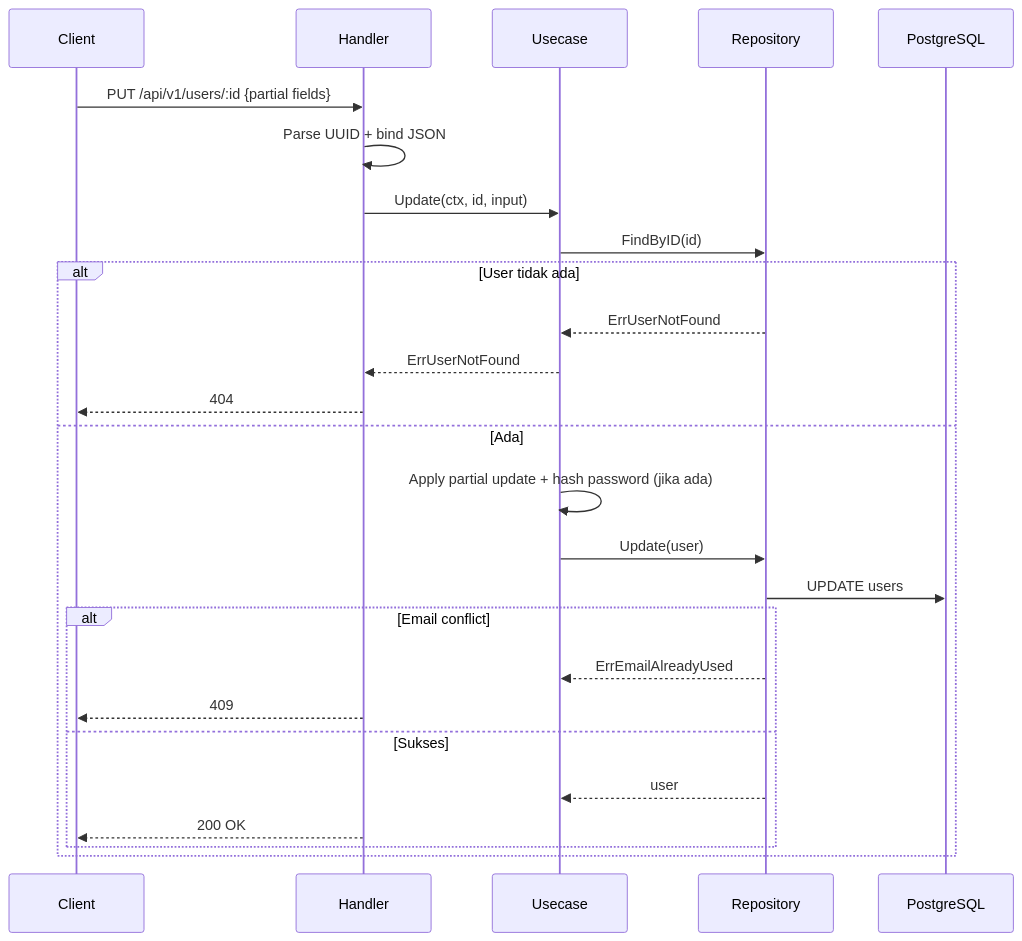
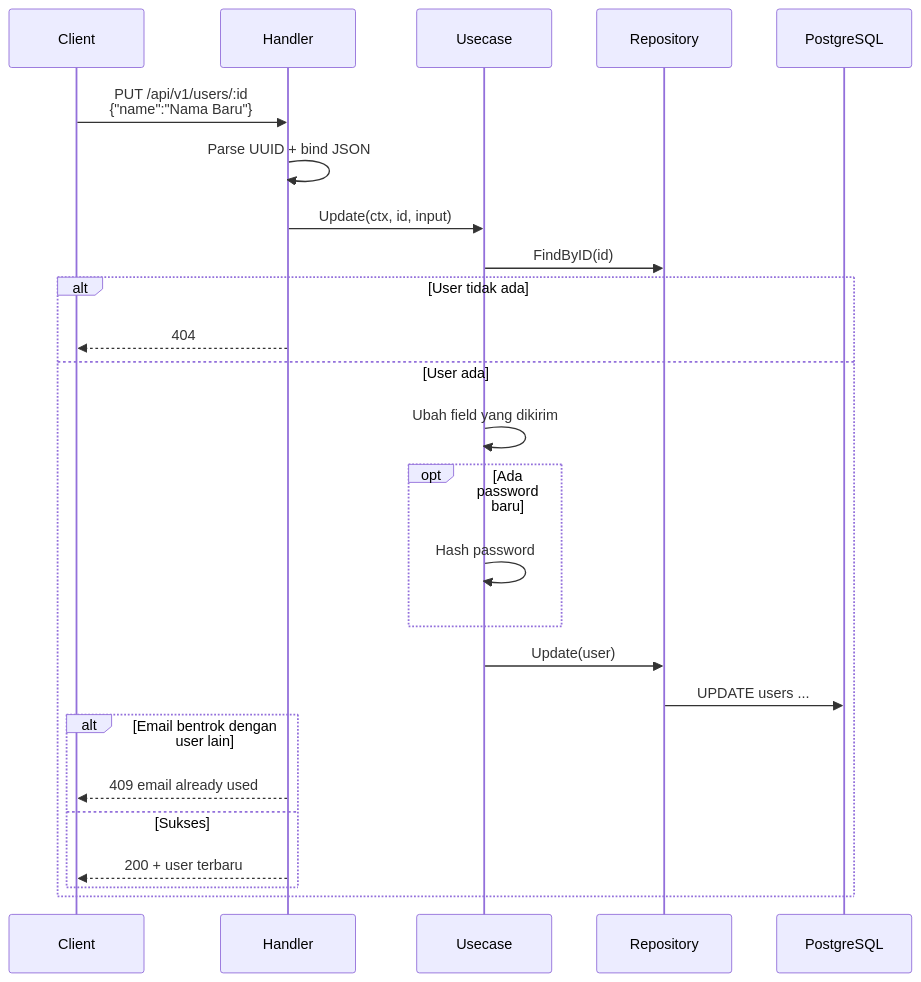
The sixth of 7 diagrams in docs/PROCESS.md (chairoel/BE-ToDoList), drawn with Mermaid before and after one commit. The commit also changed other lines of this file, not shown here.

Commit message:
[DOCS] rewrite process flow docs for beginners

````diff
--- a/docs/PROCESS.md
+++ b/docs/PROCESS.md
@@ -232,29 +492,28 @@
 ```mermaid
 sequenceDiagram
     participant C as Client
     participant H as Handler
     participant U as Usecase
     participant Repo as Repository
     participant DB as PostgreSQL
 
-    C->>H: PUT /api/v1/users/:id {partial fields}
+    C->>H: PUT /api/v1/users/:id<br/>{"name":"Nama Baru"}
     H->>H: Parse UUID + bind JSON
     H->>U: Update(ctx, id, input)
     U->>Repo: FindByID(id)
     alt User tidak ada
-        Repo-->>U: ErrUserNotFound
-        U-->>H: ErrUserNotFound
         H-->>C: 404
-    else Ada
-        U->>U: Apply partial update + hash password (jika ada)
+    else User ada
+        U->>U: Ubah field yang dikirim
+        opt Ada password baru
+            U->>U: Hash password
+        end
         U->>Repo: Update(user)
-        Repo->>DB: UPDATE users
-        alt Email conflict
-            Repo-->>U: ErrEmailAlreadyUsed
-            H-->>C: 409
+        Repo->>DB: UPDATE users ...
+        alt Email bentrok dengan user lain
+            H-->>C: 409 email already used
         else Sukses
-            Repo-->>U: user
-            H-->>C: 200 OK
+            H-->>C: 200 + user terbaru
         end
     end
 ```
````
